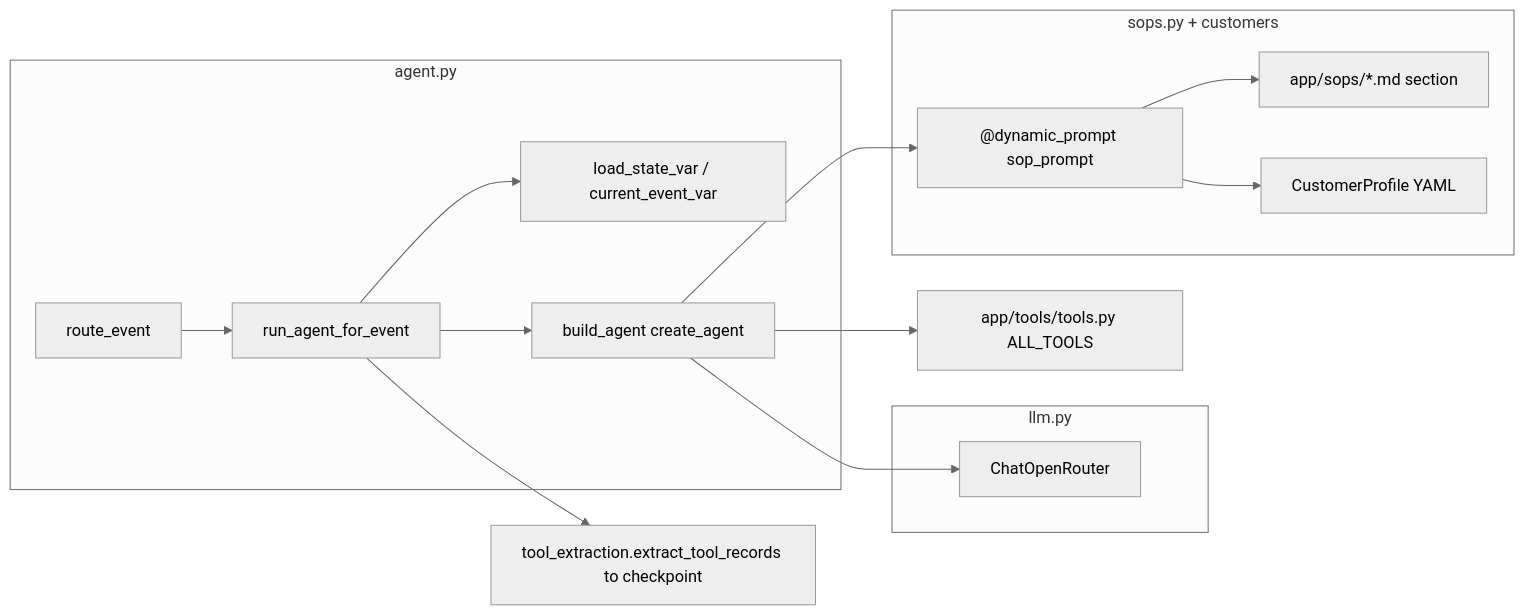
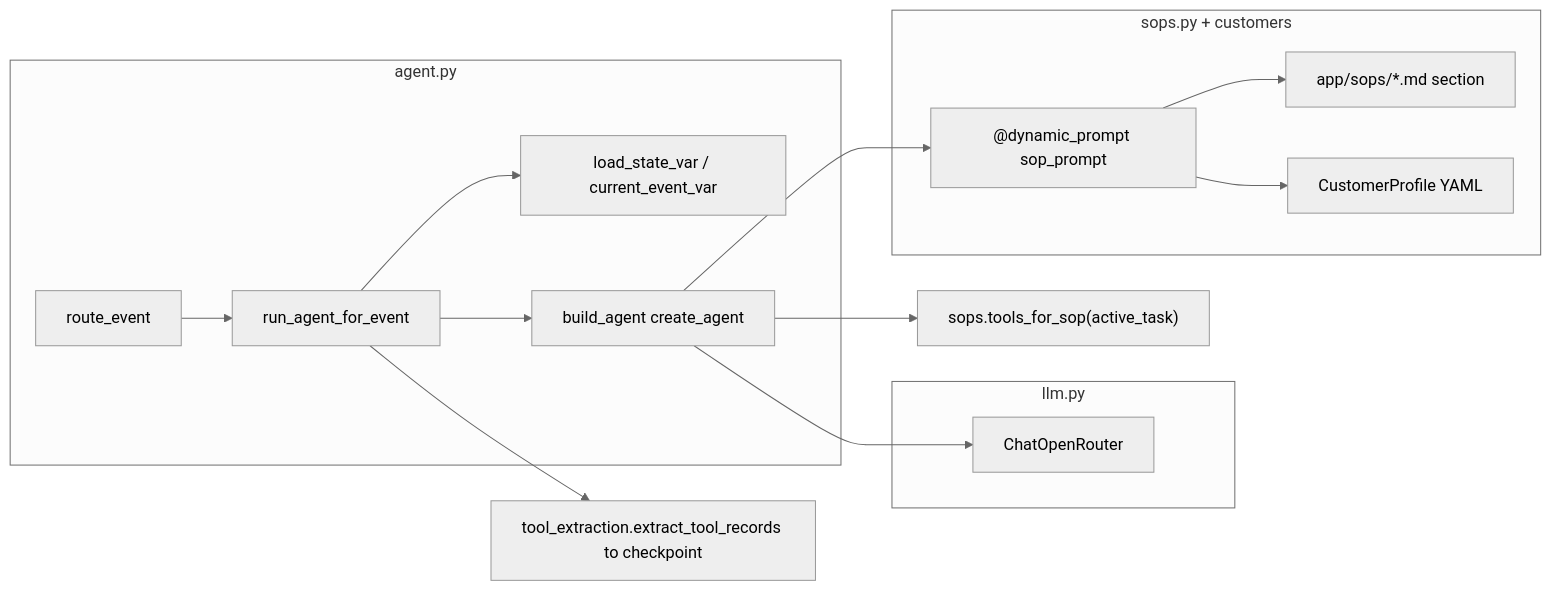
Before and after one commit to agualbbus/fh-challenge: the third of 3 diagrams in app/worker/CLAUDE.md, drawn with Mermaid (neutral theme). The commit also changed other lines of this file and 5 other files, not shown here.

First line of the commit message:
Refactor agent tool binding to use SOP-specific tools

````diff
--- a/app/worker/CLAUDE.md
+++ b/app/worker/CLAUDE.md
@@ -95,18 +95,18 @@
 ```mermaid
 flowchart LR
     subgraph agentLayer [agent.py]
         routeEvent["route_event"] --> runAgent["run_agent_for_event"]
         runAgent --> ctxVars["load_state_var / current_event_var"]
         runAgent --> buildAgent["build_agent create_agent"]
     end
     subgraph llmLayer [llm.py]
         buildAgent --> openRouter["ChatOpenRouter"]
     end
     subgraph promptLayer [sops.py + customers]
         buildAgent --> sopPrompt["@dynamic_prompt sop_prompt"]
         sopPrompt --> sopFile["app/sops/*.md section"]
         sopPrompt --> profile["CustomerProfile YAML"]
     end
-    buildAgent --> tools["app/tools/tools.py ALL_TOOLS"]
+    buildAgent --> tools["sops.tools_for_sop(active_task)"]
     runAgent --> extract["tool_extraction.extract_tool_records to checkpoint"]
 ```
````
